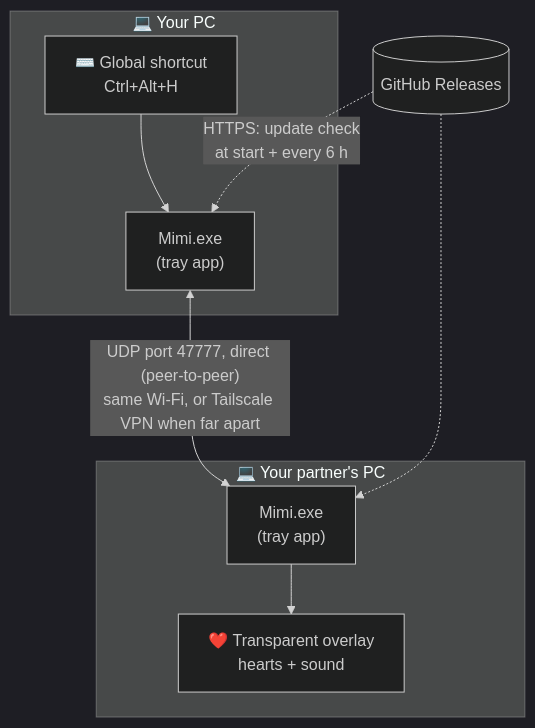
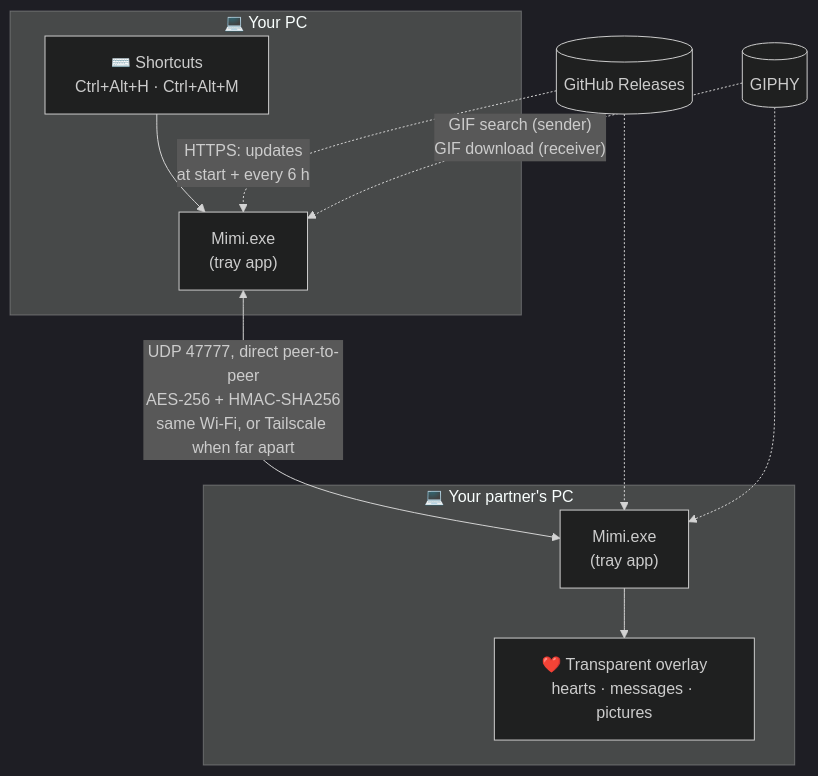
Before and after one commit to axel-gilbert/mimi: the first of 3 diagrams in README.md, drawn with Mermaid (dark theme). The commit also changed other lines of this file and 94 other files, not shown here.

````diff
--- a/README.md
+++ b/README.md
@@ -79,12 +125,14 @@
 ```mermaid
 flowchart TB
     subgraph A["💻 Your PC"]
-        K["⌨️ Global shortcut<br/>Ctrl+Alt+H"] --> M1["Mimi.exe<br/>(tray app)"]
+        K["⌨️ Shortcuts<br/>Ctrl+Alt+H · Ctrl+Alt+M"] --> M1["Mimi.exe<br/>(tray app)"]
     end
     subgraph B["💻 Your partner's PC"]
-        M2["Mimi.exe<br/>(tray app)"] --> O["❤️ Transparent overlay<br/>hearts + sound"]
+        M2["Mimi.exe<br/>(tray app)"] --> O["❤️ Transparent overlay<br/>hearts · messages · pictures"]
     end
-    M1 <-->|"UDP port 47777, direct (peer-to-peer)<br/>same Wi-Fi, or Tailscale VPN when far apart"| M2
-    G[("GitHub Releases")] -.->|"HTTPS: update check<br/>at start + every 6 h"| M1
+    M1 <-->|"UDP 47777, direct peer-to-peer<br/>AES-256 + HMAC-SHA256<br/>same Wi-Fi, or Tailscale when far apart"| M2
+    G[("GitHub Releases")] -.->|"HTTPS: updates<br/>at start + every 6 h"| M1
     G -.-> M2
+    Y[("GIPHY")] -.->|"GIF search (sender)<br/>GIF download (receiver)"| M1
+    Y -.-> M2
 ```
````
